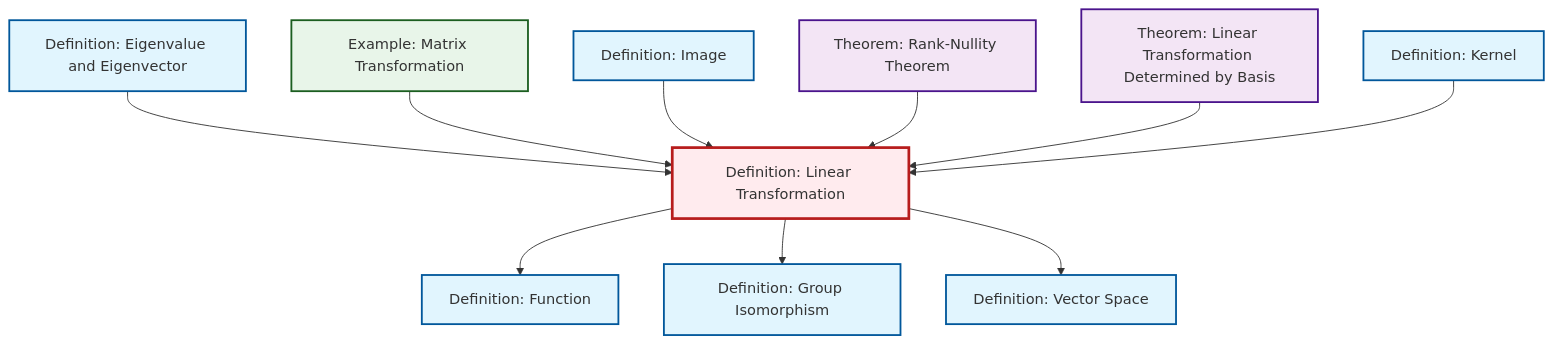
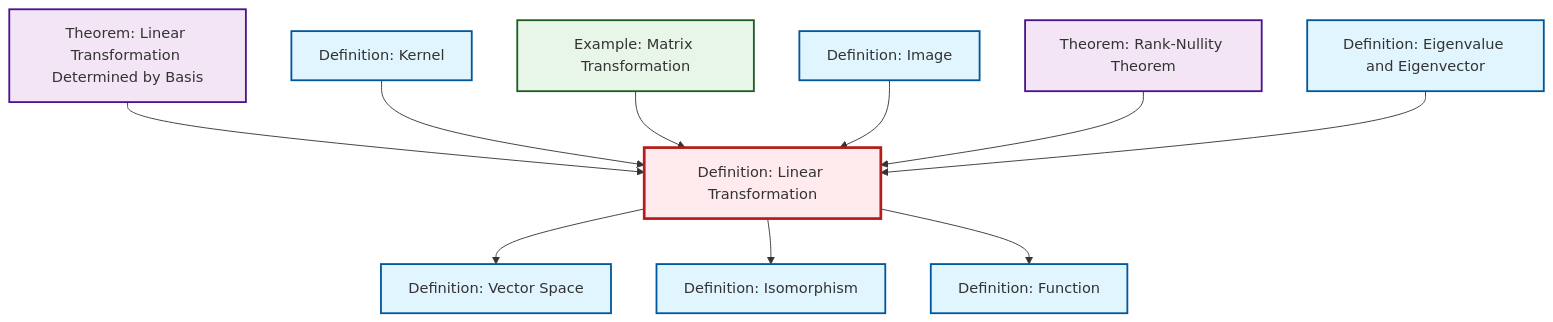
Before and after one commit to RK0429/ModernMath: the diagram in content/en/algebra/def-linear-transformation.qmd, drawn with Mermaid. The commit also changed 1069 other files, not shown here.

````diff
--- a/content/en/algebra/def-linear-transformation.qmd
+++ b/content/en/algebra/def-linear-transformation.qmd
@@ -46,38 +46,38 @@
 ```{mermaid}
 %%| fig-cap: "Local dependency graph"
 graph TD
     classDef definition fill:#e1f5fe,stroke:#01579b,stroke-width:2px
     classDef theorem fill:#f3e5f5,stroke:#4a148c,stroke-width:2px
     classDef axiom fill:#fff3e0,stroke:#e65100,stroke-width:2px
     classDef example fill:#e8f5e9,stroke:#1b5e20,stroke-width:2px
     classDef current fill:#ffebee,stroke:#b71c1c,stroke-width:3px
     ex-matrix-transformation["Example: Matrix Transformation"]:::example
+    def-image["Definition: Image"]:::definition
+    def-linear-transformation["Definition: Linear Transformation"]:::definition
+    thm-linear-transformation-basis["Theorem: Linear Transformation Determined by Basis"]:::theorem
+    def-vector-space["Definition: Vector Space"]:::definition
+    def-function["Definition: Function"]:::definition
+    def-eigenvalue-eigenvector["Definition: Eigenvalue and Eigenvector"]:::definition
+    def-isomorphism["Definition: Isomorphism"]:::definition
     thm-rank-nullity["Theorem: Rank-Nullity Theorem"]:::theorem
-    def-isomorphism["Definition: Group Isomorphism"]:::definition
-    def-image["Definition: Image"]:::definition
-    def-eigenvalue-eigenvector["Definition: Eigenvalue and Eigenvector"]:::definition
     def-kernel["Definition: Kernel"]:::definition
-    def-function["Definition: Function"]:::definition
-    thm-linear-transformation-basis["Theorem: Linear Transformation Determined by Basis"]:::theorem
-    def-linear-transformation["Definition: Linear Transformation"]:::definition
-    def-vector-space["Definition: Vector Space"]:::definition
-    def-eigenvalue-eigenvector --> def-linear-transformation
-    def-linear-transformation --> def-function
+    def-linear-transformation --> def-vector-space
     def-linear-transformation --> def-isomorphism
-    def-linear-transformation --> def-vector-space
+    thm-linear-transformation-basis --> def-linear-transformation
+    def-kernel --> def-linear-transformation
     ex-matrix-transformation --> def-linear-transformation
     def-image --> def-linear-transformation
+    def-linear-transformation --> def-function
     thm-rank-nullity --> def-linear-transformation
-    thm-linear-transformation-basis --> def-linear-transformation
-    def-kernel --> def-linear-transformation
+    def-eigenvalue-eigenvector --> def-linear-transformation
     class def-linear-transformation current
     click ex-matrix-transformation "ex-matrix-transformation.html" "Go to Matrix Transformation example"
-    click thm-rank-nullity "thm-rank-nullity.html" "Go to Rank-Nullity Theorem theorem"
-    click def-isomorphism "def-isomorphism.html" "Go to Group Isomorphism definition"
     click def-image "def-image.html" "Go to Image definition"
-    click def-eigenvalue-eigenvector "def-eigenvalue-eigenvector.html" "Go to Eigenvalue and Eigenvector definition"
-    click def-kernel "def-kernel.html" "Go to Kernel definition"
-    click def-function "def-function.html" "Go to Function definition"
     click thm-linear-transformation-basis "thm-linear-transformation-basis.html" "Go to Linear Transformation Determined by Basis theorem"
     click def-vector-space "def-vector-space.html" "Go to Vector Space definition"
+    click def-function "def-function.html" "Go to Function definition"
+    click def-eigenvalue-eigenvector "def-eigenvalue-eigenvector.html" "Go to Eigenvalue and Eigenvector definition"
+    click def-isomorphism "def-isomorphism.html" "Go to Isomorphism definition"
+    click thm-rank-nullity "thm-rank-nullity.html" "Go to Rank-Nullity Theorem theorem"
+    click def-kernel "def-kernel.html" "Go to Kernel definition"
 ```
````
